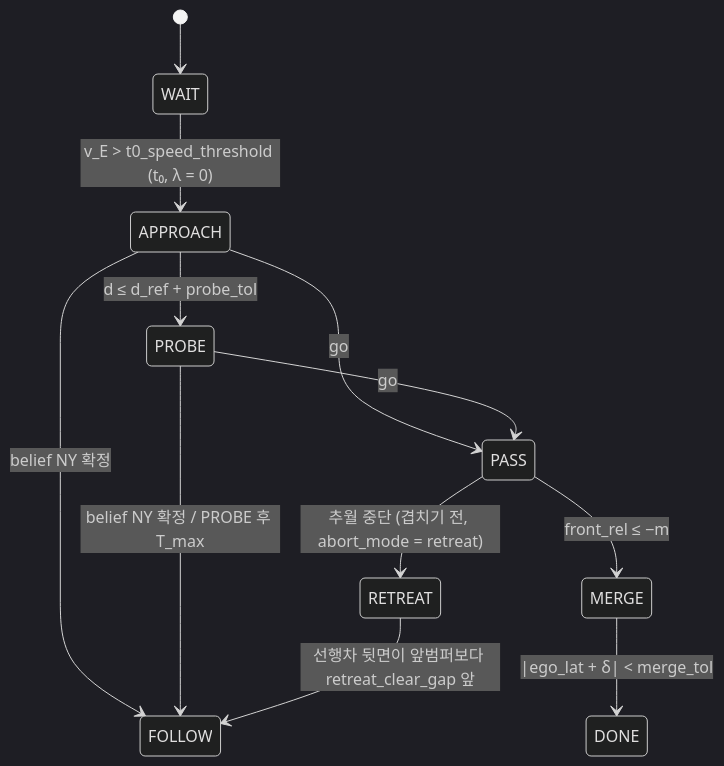
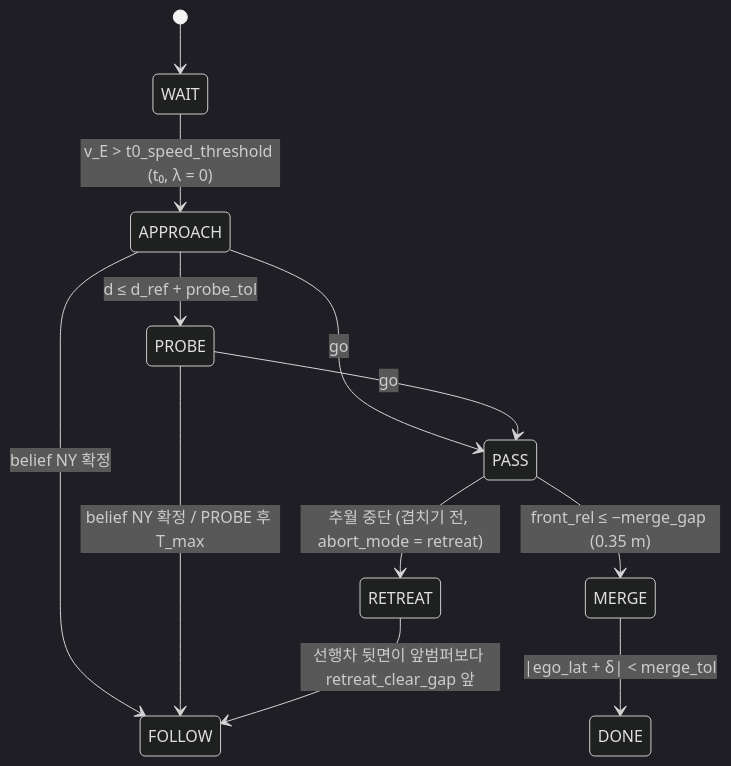
One commit to SeungBeom046/f1tenth_algo changed the third of 3 diagrams in docs/PIPELINE.md. Above: the diagram before and after it, drawn with Mermaid (dark theme). The commit also changed other lines of this file and 7 other files, not shown here.

First line of the commit message:
MERGE: merge_gap 0.35 m, merge_v 1.5 m/s (기본 on). 선행차 앞 끼어들기로 선행차 AEB가 걸리던 문제

````diff
--- a/docs/PIPELINE.md
+++ b/docs/PIPELINE.md
@@ -62,14 +62,14 @@
 ```mermaid
 stateDiagram-v2
     [*] --> WAIT
     WAIT --> APPROACH: v_E > t0_speed_threshold (t₀, λ = 0)
     APPROACH --> PROBE: d ≤ d_ref + probe_tol
     APPROACH --> PASS: go
     PROBE --> PASS: go
     APPROACH --> FOLLOW: belief NY 확정
     PROBE --> FOLLOW: belief NY 확정 / PROBE 후 T_max
     PASS --> RETREAT: 추월 중단 (겹치기 전, abort_mode = retreat)
     RETREAT --> FOLLOW: 선행차 뒷면이 앞범퍼보다 retreat_clear_gap 앞
-    PASS --> MERGE: front_rel ≤ −m
+    PASS --> MERGE: front_rel ≤ −merge_gap (0.35 m)
     MERGE --> DONE: |ego_lat + δ| < merge_tol
 ```
````
